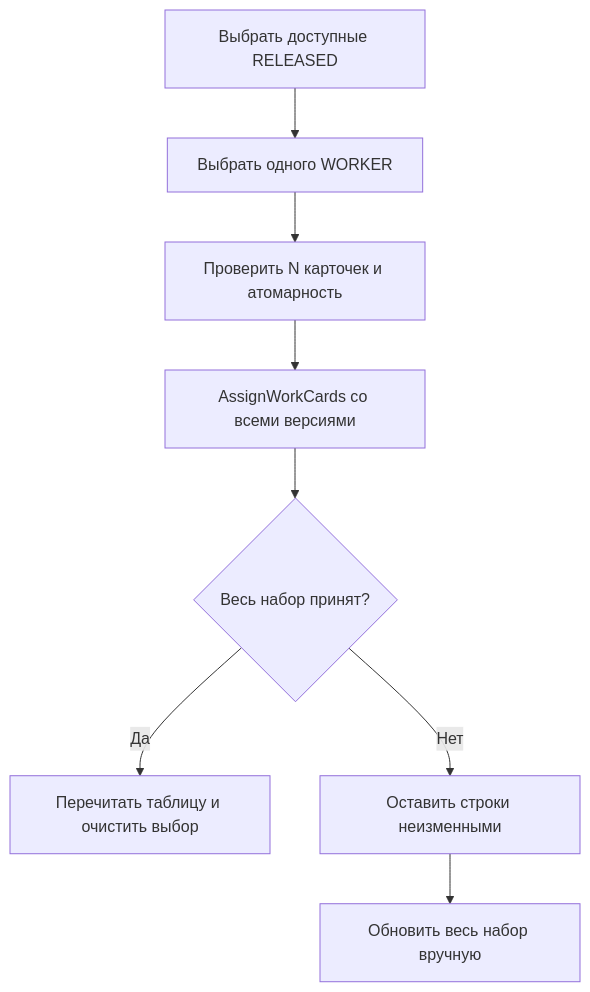
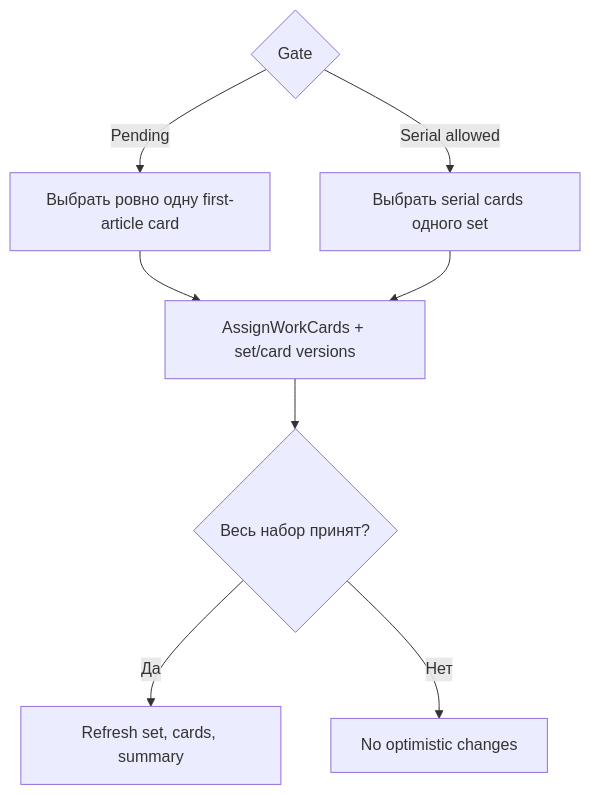
The second of 3 diagrams in WorkCard-Lifecycle/docs/ux/user-flows.md (AI-shoks/WorkCard-Lifecycle), drawn with Mermaid before and after one commit. The commit also changed other lines of this file and 29 other files, not shown here.

````diff
--- a/WorkCard-Lifecycle/docs/ux/user-flows.md
+++ b/WorkCard-Lifecycle/docs/ux/user-flows.md
@@ -81,10 +70,10 @@
 ```mermaid
 flowchart TD
-    select["Выбрать доступные RELEASED"] --> worker["Выбрать одного WORKER"]
-    worker --> review["Проверить N карточек и атомарность"]
-    review --> command["AssignWorkCards со всеми версиями"]
-    command --> ok{"Весь набор принят?"}
-    ok -- Да --> refresh["Перечитать таблицу и очистить выбор"]
-    ok -- Нет --> unchanged["Оставить строки неизменными"]
-    unchanged --> reload["Обновить весь набор вручную"]
+    gate{"Gate"} -->|Pending| pilot["Выбрать ровно одну first-article card"]
+    gate -->|Serial allowed| bulk["Выбрать serial cards одного set"]
+    pilot --> assign["AssignWorkCards + set/card versions"]
+    bulk --> assign
+    assign --> result{"Весь набор принят?"}
+    result -->|Да| refresh["Refresh set, cards, summary"]
+    result -->|Нет| unchanged["No optimistic changes"]
 ```
````
